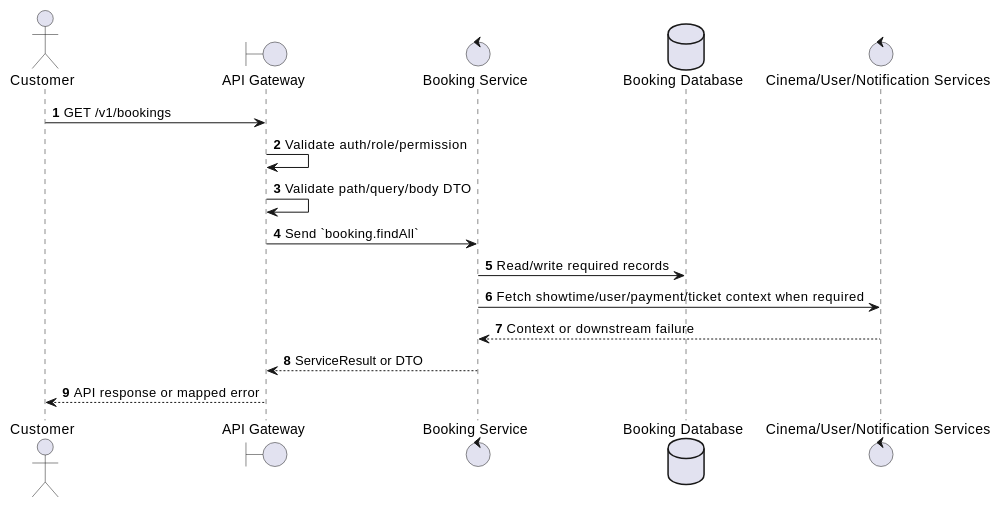
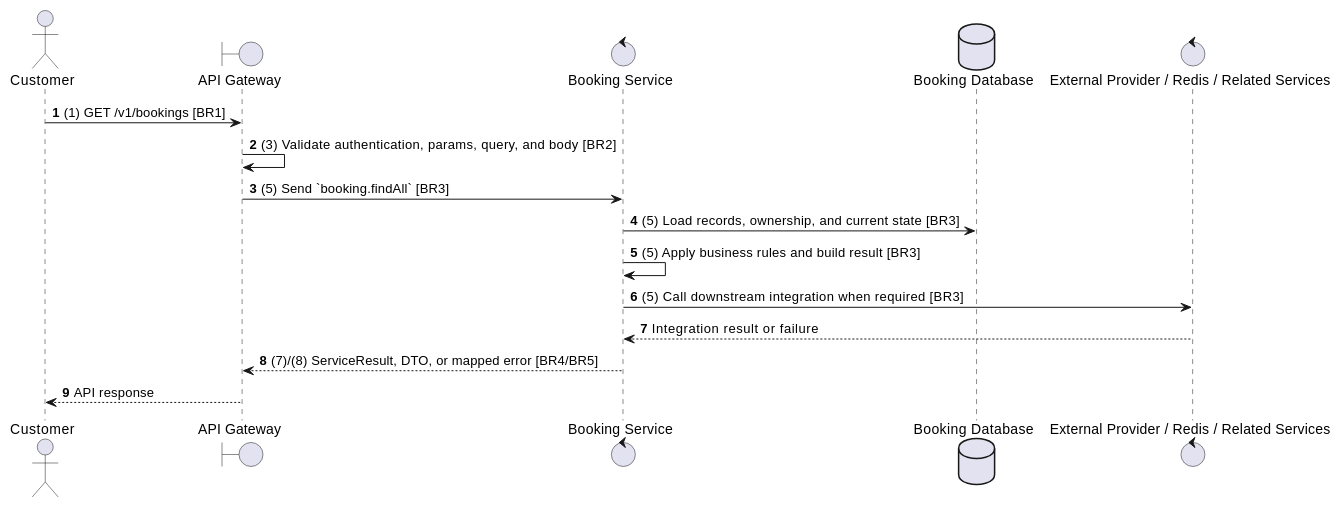
One commit to Tanh1603/movie-hub-architecture changed the second of 2 diagrams in docs/functional_specs/3.5.1_User_Booking_Operations/BK-02_List_User_Bookings.md. Above: the diagram before and after it, drawn with PlantUML. The commit also changed other lines of this file and 129 other files, not shown here.

````diff
--- a/docs/functional_specs/3.5.1_User_Booking_Operations/BK-02_List_User_Bookings.md
+++ b/docs/functional_specs/3.5.1_User_Booking_Operations/BK-02_List_User_Bookings.md
@@ -17,20 +64,20 @@
 ```plantuml
 @startuml
 autonumber
 actor "Customer" as Actor
 boundary "API Gateway" as GW
 control "Booking Service" as SVC
 database "Booking Database" as DB
-control "Cinema/User/Notification Services" as EXT
+control "External Provider / Redis / Related Services" as EXT
 
-Actor -> GW: GET /v1/bookings
-GW -> GW: Validate auth/role/permission
-GW -> GW: Validate path/query/body DTO
-GW -> SVC: Send `booking.findAll`
-SVC -> DB: Read/write required records
-SVC -> EXT: Fetch showtime/user/payment/ticket context when required
-EXT --> SVC: Context or downstream failure
-SVC --> GW: ServiceResult or DTO
-GW --> Actor: API response or mapped error
+Actor -> GW: (1) GET /v1/bookings [BR1]
+GW -> GW: (3) Validate authentication, params, query, and body [BR2]
+GW -> SVC: (5) Send `booking.findAll` [BR3]
+SVC -> DB: (5) Load records, ownership, and current state [BR3]
+SVC -> SVC: (5) Apply business rules and build result [BR3]
+SVC -> EXT: (5) Call downstream integration when required [BR3]
+EXT --> SVC: Integration result or failure
+SVC --> GW: (7)/(8) ServiceResult, DTO, or mapped error [BR4/BR5]
+GW --> Actor: API response
 @enduml
 ```
````
